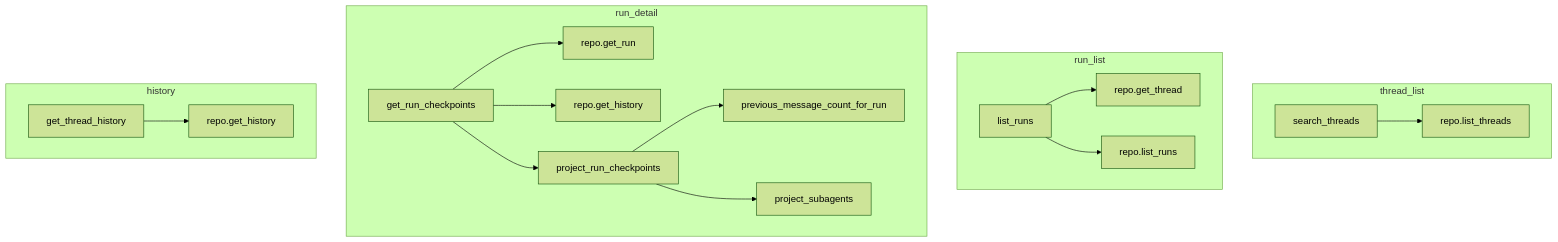
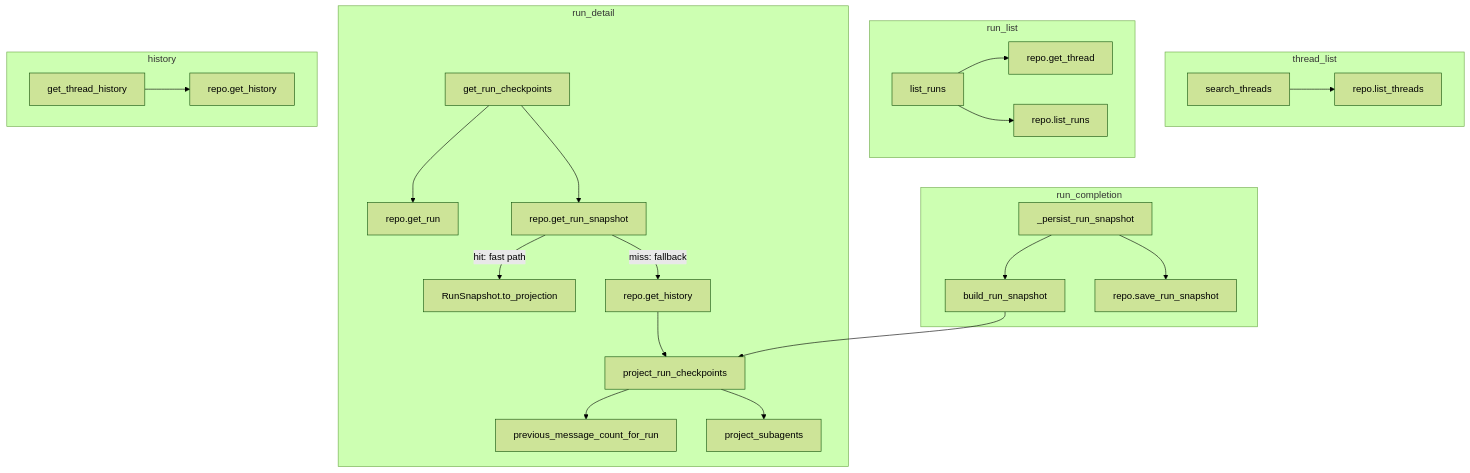
The second of 2 diagrams in docs/use-cases/06-browse-history.md (aa2051995/deep-agent-ga), drawn with Mermaid (forest theme) before and after one commit. The commit also changed other lines of this file and 14 other files, not shown here.

First line of the commit message:
feat(persistence): add per-run snapshot table for fast run-data retrieval

````diff
--- a/docs/use-cases/06-browse-history.md
+++ b/docs/use-cases/06-browse-history.md
@@ -73,20 +83,27 @@
 ```mermaid
 flowchart TD
     subgraph thread_list
         A[search_threads] --> B[repo.list_threads]
     end
     subgraph run_list
         C[list_runs] --> D[repo.get_thread]
         C --> E[repo.list_runs]
     end
     subgraph run_detail
         F[get_run_checkpoints] --> G[repo.get_run]
-        F --> H[repo.get_history]
-        F --> I[project_run_checkpoints]
+        F --> N[repo.get_run_snapshot]
+        N -->|hit: fast path| R[RunSnapshot.to_projection]
+        N -->|miss: fallback| H[repo.get_history]
+        H --> I[project_run_checkpoints]
         I --> J[previous_message_count_for_run]
         I --> K[project_subagents]
+    end
+    subgraph run_completion
+        S[_persist_run_snapshot] --> T[build_run_snapshot]
+        T --> I
+        S --> U[repo.save_run_snapshot]
     end
     subgraph history
         L[get_thread_history] --> M[repo.get_history]
     end
 ```
````
